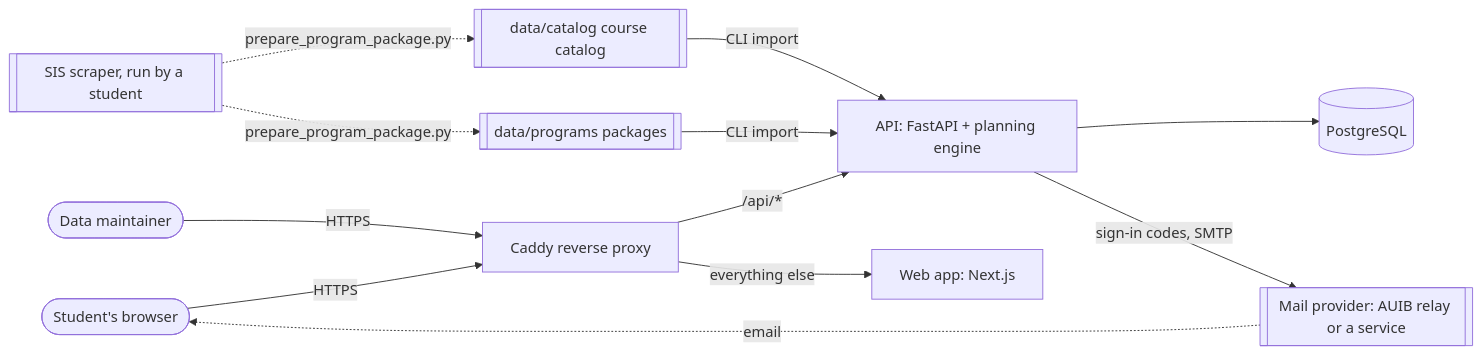
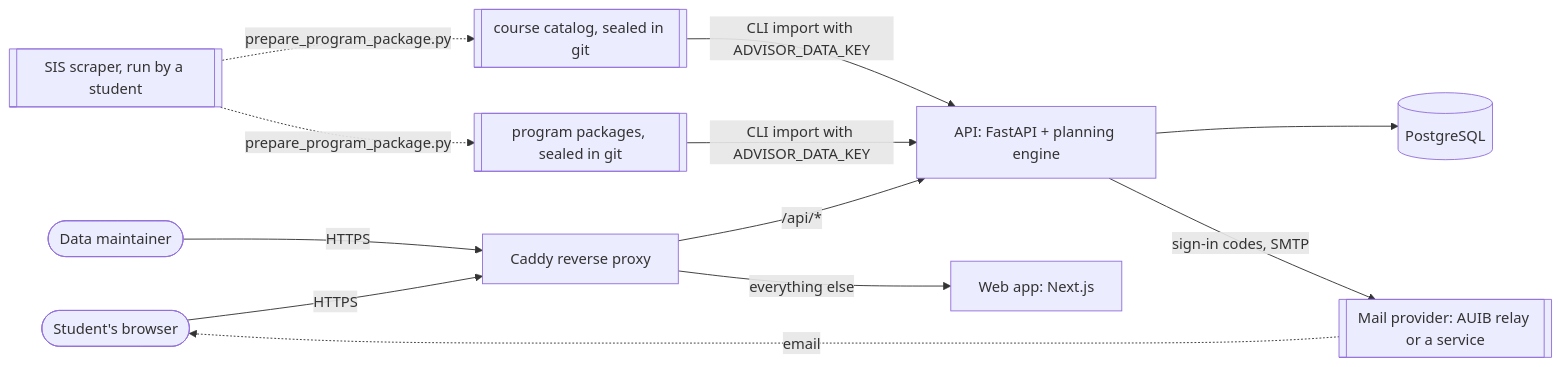
The first of 2 diagrams in docs/architecture.md (zaniixx/AUIB-Academic-Advisor), drawn with Mermaid before and after one commit. The commit also changed other lines of this file and 70 other files, not shown here.

````diff
--- a/docs/architecture.md
+++ b/docs/architecture.md
@@ -7,14 +7,14 @@
 ```mermaid
 flowchart LR
   student([Student's browser]) -->|HTTPS| proxy[Caddy reverse proxy]
   admin([Data maintainer]) -->|HTTPS| proxy
   proxy -->|/api/*| api[API: FastAPI + planning engine]
   proxy -->|everything else| web[Web app: Next.js]
   api --> db[(PostgreSQL)]
   api -->|sign-in codes, SMTP| mail[[Mail provider: AUIB relay or a service]]
   mail -.->|email| student
-  catalog[[data/catalog course catalog]] -->|CLI import| api
-  packages[[data/programs packages]] -->|CLI import| api
+  catalog[[course catalog, sealed in git]] -->|CLI import with ADVISOR_DATA_KEY| api
+  packages[[program packages, sealed in git]] -->|CLI import with ADVISOR_DATA_KEY| api
   scraper[[SIS scraper, run by a student]] -.->|prepare_program_package.py| catalog
   scraper -.->|prepare_program_package.py| packages
 ```
````
